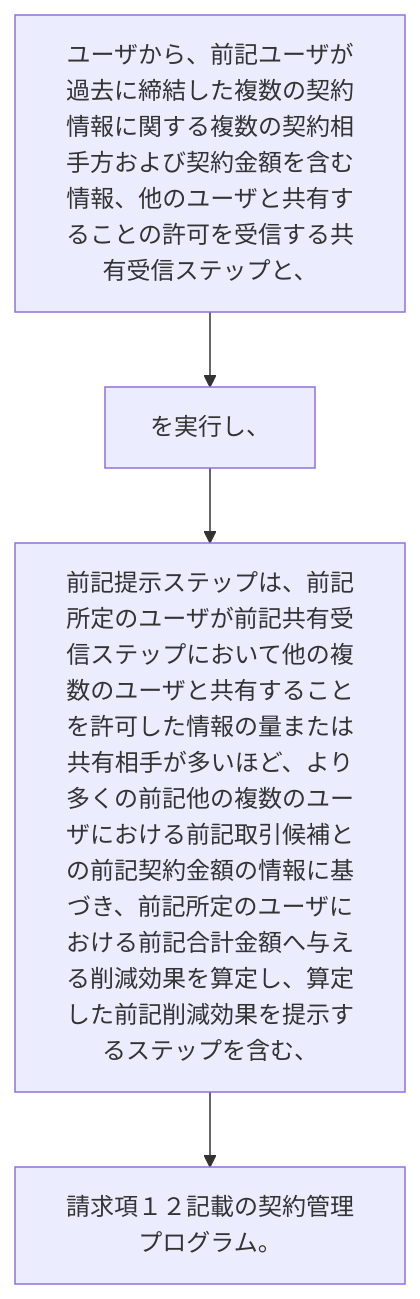
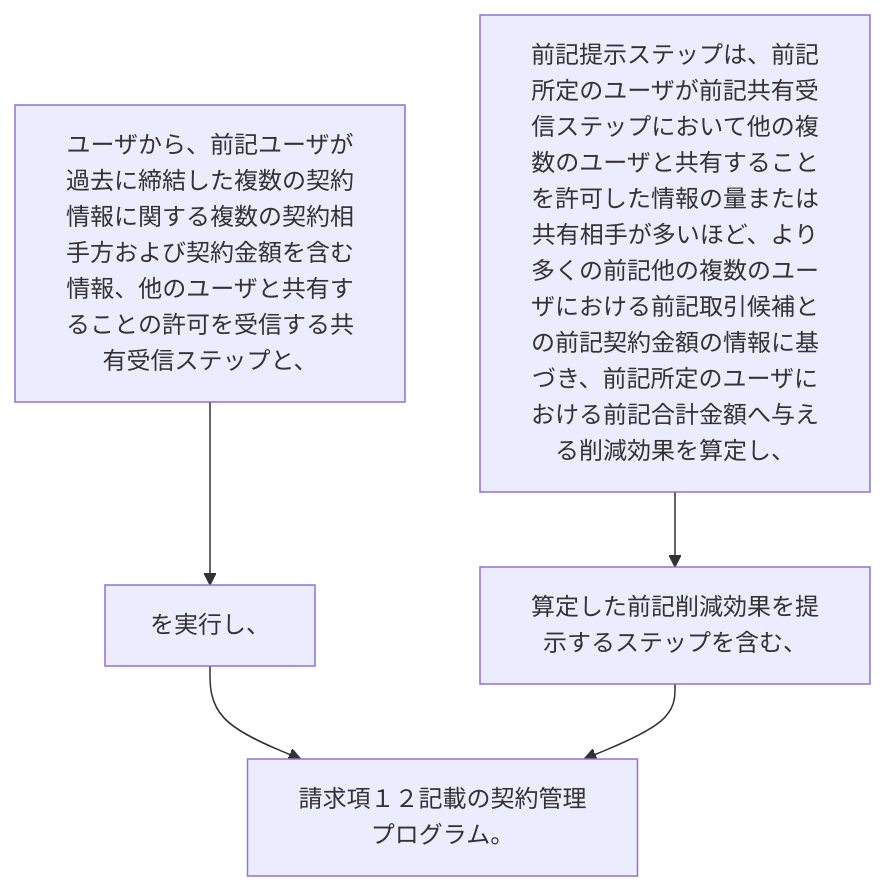
One commit to shinmori55/patent_analyzed changed the diagram in 2024/JP2024014095A/claim_13/README.md. Above: the diagram before and after it, drawn with Mermaid. The commit also changed 336 other files, not shown here.

````diff
--- a/2024/JP2024014095A/claim_13/README.md
+++ b/2024/JP2024014095A/claim_13/README.md
@@ -5,10 +5,12 @@
 ```mermaid
 flowchart TD
 A[ユーザから、前記ユーザが過去に締結した複数の契約情報に関する複数の契約相手方および契約金額を含む情報、他のユーザと共有することの許可を受信する共有受信ステップと、]
 B[を実行し、]
-C[前記提示ステップは、前記所定のユーザが前記共有受信ステップにおいて他の複数のユーザと共有することを許可した情報の量または共有相手が多いほど、より多くの前記他の複数のユーザにおける前記取引候補との前記契約金額の情報に基づき、前記所定のユーザにおける前記合計金額へ与える削減効果を算定し、算定した前記削減効果を提示するステップを含む、]
-D[請求項１２記載の契約管理プログラム。]
+C[前記提示ステップは、前記所定のユーザが前記共有受信ステップにおいて他の複数のユーザと共有することを許可した情報の量または共有相手が多いほど、より多くの前記他の複数のユーザにおける前記取引候補との前記契約金額の情報に基づき、前記所定のユーザにおける前記合計金額へ与える削減効果を算定し、]
+D[算定した前記削減効果を提示するステップを含む、]
+E[請求項１２記載の契約管理プログラム。]
 A --> B
-B --> C
+B --> E
 C --> D
+D --> E
 ```
````
